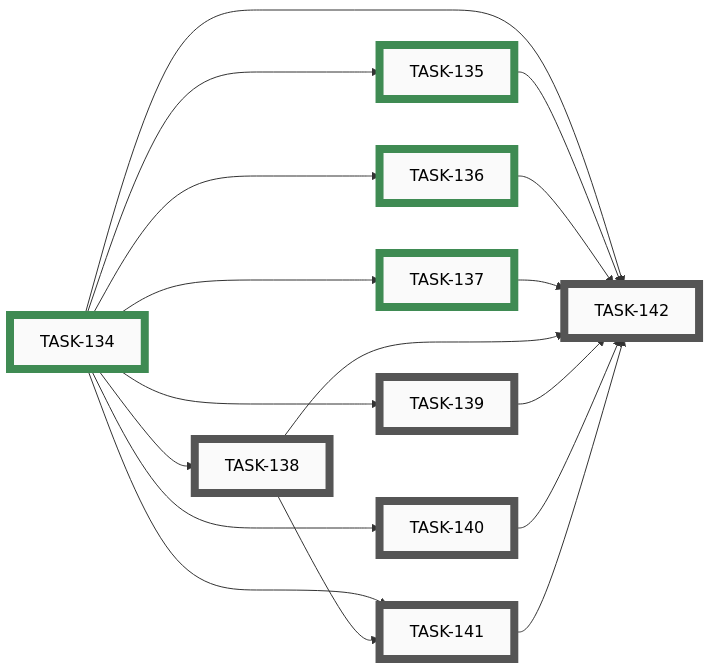
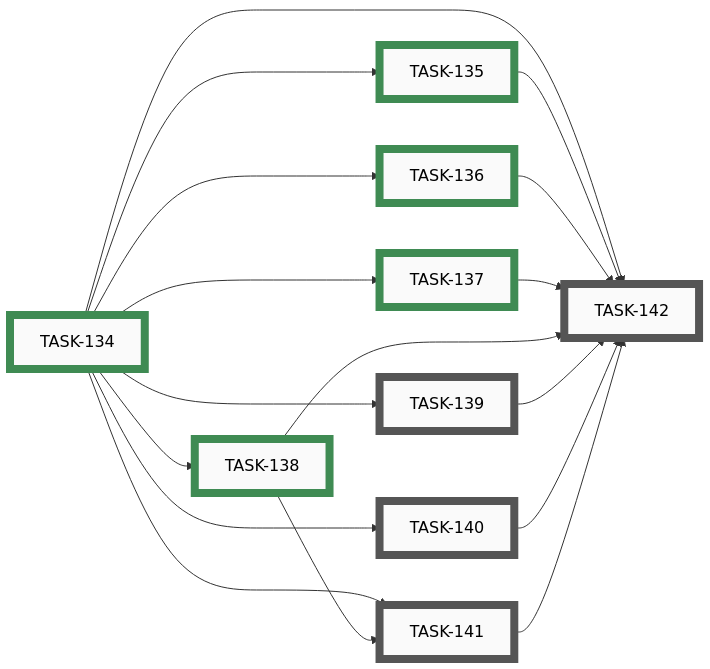
One commit to tgd1975/CircuitSmith changed diagram 15 of 16 in docs/developers/tasks/EPICS.md. Above: the diagram before and after it, drawn with Mermaid. The commit also changed other lines of this file and 4 other files, not shown here.

First line of the commit message:
close TASK-138: walk IDEA-001 ERC dossier check-by-check vs shipped erc_engine

````diff
--- a/docs/developers/tasks/EPICS.md
+++ b/docs/developers/tasks/EPICS.md
@@ -968,45 +968,45 @@
 ```mermaid
 graph LR
-    TASK_138["TASK-138"]:::open
     TASK_139["TASK-139"]:::open
     TASK_140["TASK-140"]:::open
     TASK_141["TASK-141"]:::open
     TASK_142["TASK-142"]:::open
     TASK_134["TASK-134"]:::closed
     TASK_135["TASK-135"]:::closed
     TASK_136["TASK-136"]:::closed
     TASK_137["TASK-137"]:::closed
-    TASK_134 --> TASK_138
+    TASK_138["TASK-138"]:::closed
     TASK_134 --> TASK_139
     TASK_134 --> TASK_140
     TASK_134 --> TASK_141
     TASK_138 --> TASK_141
     TASK_134 --> TASK_142
     TASK_135 --> TASK_142
     TASK_136 --> TASK_142
     TASK_137 --> TASK_142
     TASK_138 --> TASK_142
     TASK_139 --> TASK_142
     TASK_140 --> TASK_142
     TASK_141 --> TASK_142
     TASK_134 --> TASK_135
     TASK_134 --> TASK_136
     TASK_134 --> TASK_137
-    click TASK_138 "open/task-138-dossier-erc-engine-walk.md"
+    TASK_134 --> TASK_138
     click TASK_139 "open/task-139-dossier-exporters-walk.md"
     click TASK_140 "open/task-140-dossier-rule-catalog-walk.md"
     click TASK_141 "open/task-141-dossier-skill-packaging-walk.md"
     click TASK_142 "open/task-142-dossier-cross-repo-cleanup-and-close-out.md"
     click TASK_134 "closed/task-134-dossier-phase-plan-walk.md"
     click TASK_135 "closed/task-135-dossier-components-walk.md"
     click TASK_136 "closed/task-136-dossier-yaml-format-walk.md"
     click TASK_137 "closed/task-137-dossier-layout-engine-walk.md"
+    click TASK_138 "closed/task-138-dossier-erc-engine-walk.md"
     classDef open    fill:#FAFAFA,stroke:#555,stroke-width:8px,color:#000
     classDef active  fill:#FAFAFA,stroke:#1A6FA8,stroke-width:8px,color:#000
     classDef closed  fill:#FAFAFA,stroke:#3F8B53,stroke-width:8px,color:#000
     classDef paused  fill:#FAFAFA,stroke:#B07810,stroke-width:8px,color:#000
     classDef openExt    fill:#000,stroke:#888,stroke-width:8px,color:#FFF
     classDef activeExt  fill:#000,stroke:#3FA9F5,stroke-width:8px,color:#FFF
     classDef closedExt  fill:#000,stroke:#7CC68A,stroke-width:8px,color:#FFF
     classDef pausedExt  fill:#000,stroke:#F0B030,stroke-width:8px,color:#FFF
 ```
````
